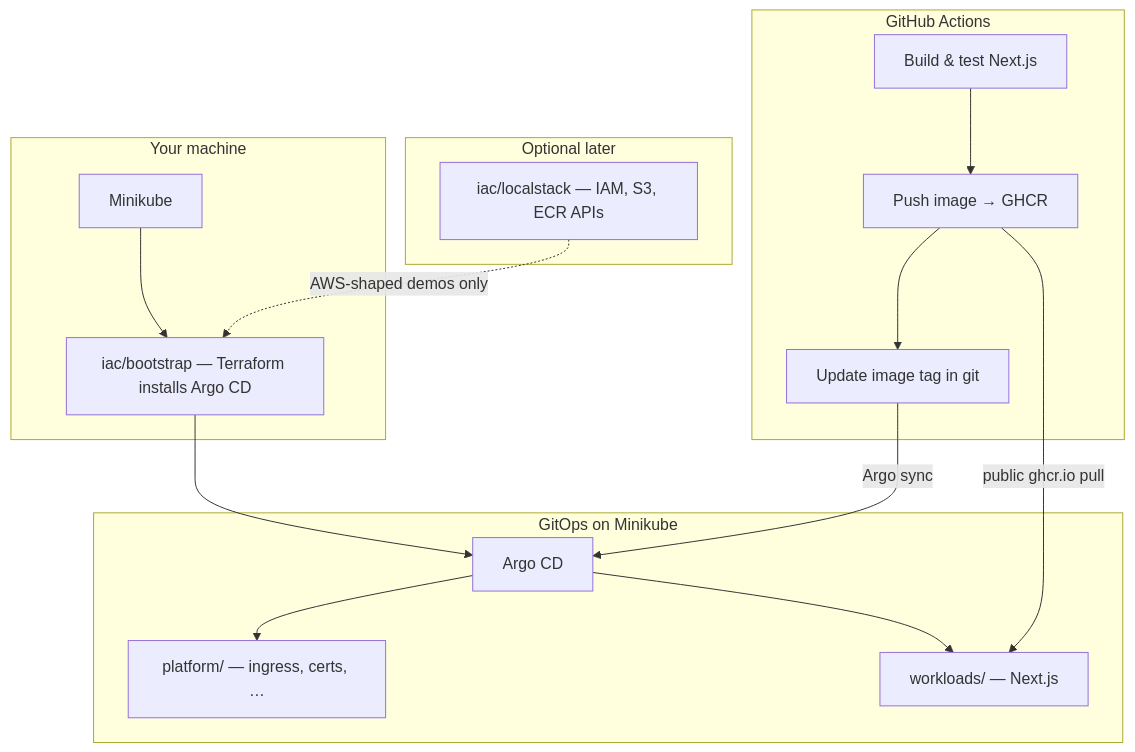
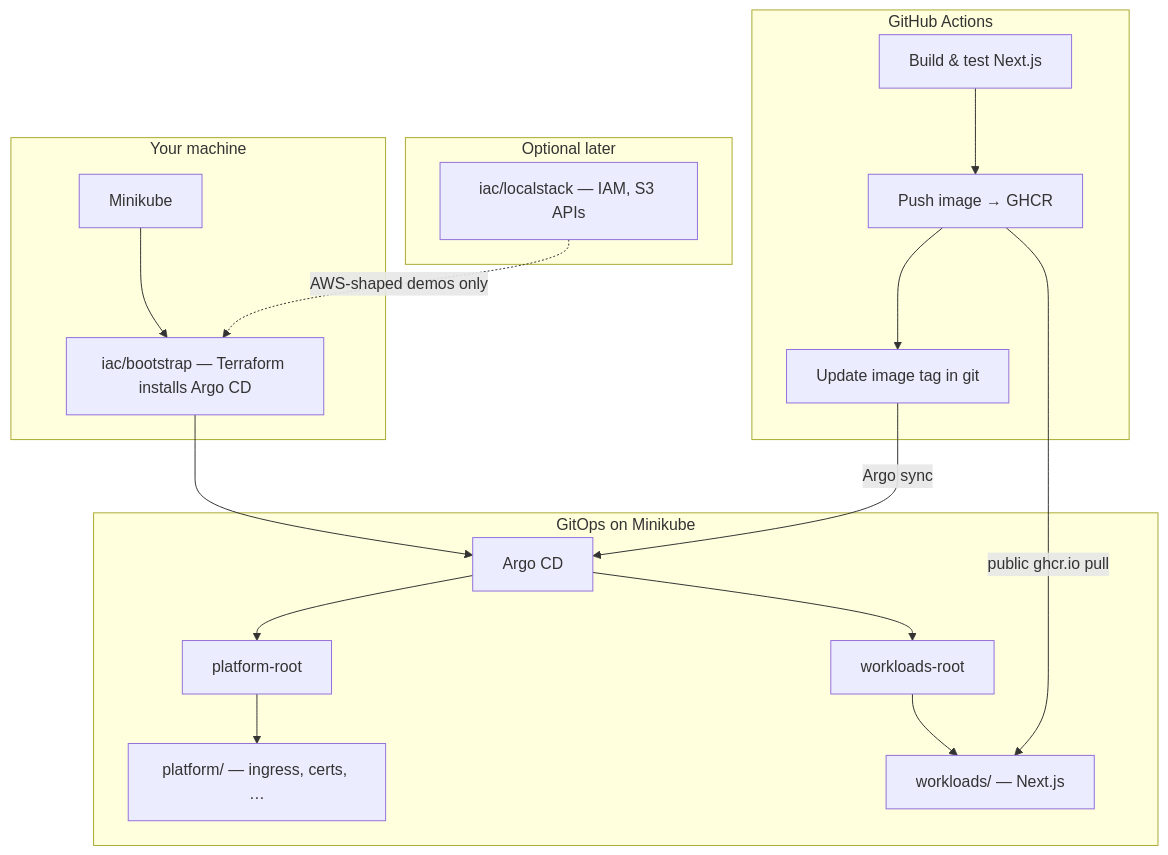
The diagram in README.md (cicdpete/platform-portfolio), drawn with Mermaid before and after one commit. The commit also changed other lines of this file and 13 other files, not shown here.

````diff
--- a/README.md
+++ b/README.md
@@ -18,32 +18,36 @@
 ```mermaid
 flowchart TB
   subgraph ci["GitHub Actions"]
     BUILD["Build & test Next.js"]
     PUSH["Push image → GHCR"]
     GIT["Update image tag in git"]
     BUILD --> PUSH --> GIT
   end
 
   subgraph local["Your machine"]
     MK["Minikube"]
     TF["iac/bootstrap — Terraform installs Argo CD"]
     MK --> TF
   end
 
   subgraph gitops["GitOps on Minikube"]
     ARGO["Argo CD"]
+    PROOT["platform-root"]
+    WROOT["workloads-root"]
     PLAT["platform/ — ingress, certs, …"]
     APP["workloads/ — Next.js"]
-    ARGO --> PLAT
-    ARGO --> APP
+    ARGO --> PROOT
+    ARGO --> WROOT
+    PROOT --> PLAT
+    WROOT --> APP
   end
 
   subgraph optional["Optional later"]
-    LS["iac/localstack — IAM, S3, ECR APIs"]
+    LS["iac/localstack — IAM, S3 APIs"]
   end
 
   TF --> ARGO
   GIT -->|"Argo sync"| ARGO
   PUSH -->|"public ghcr.io pull"| APP
   LS -.->|"AWS-shaped demos only"| TF
 ```
````
